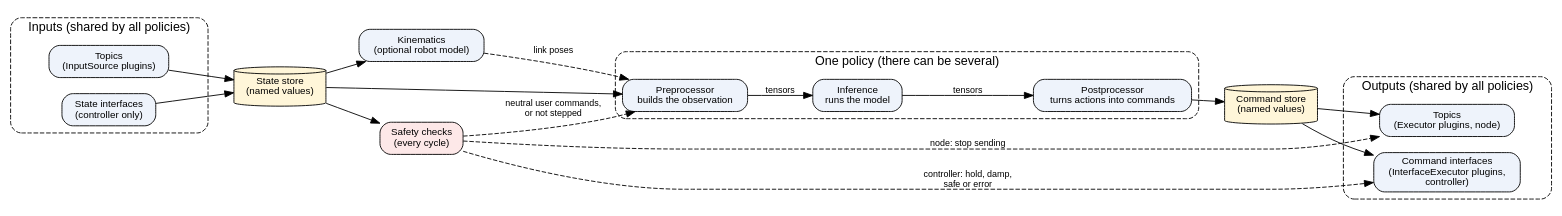
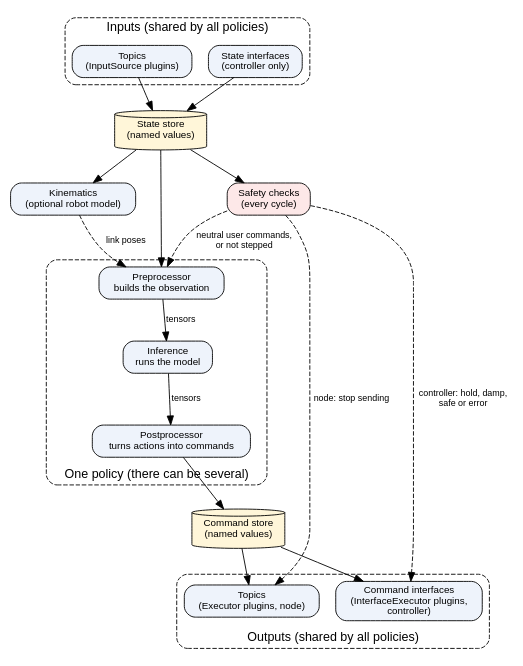
One commit to saikishor/ros2_policy_framework changed the diagram in docs/overview.rst. Above: the diagram before and after it, drawn with Graphviz. The commit also changed other lines of this file, not shown here.

Commit message:
Lay out the overview diagram top to bottom so it renders larger

```diff
--- a/docs/overview.rst
+++ b/docs/overview.rst
@@ -20,45 +20,45 @@
 .. graphviz::
 
    digraph architecture {
-     rankdir=LR;
+     rankdir=TB;
      node [shape=box, style="rounded,filled", fillcolor="#eef3fb", fontname="Helvetica", fontsize=11];
      edge [fontname="Helvetica", fontsize=10];
 
      subgraph cluster_in {
        label="Inputs (shared by all policies)"; style="rounded,dashed"; fontname="Helvetica";
        topics_in [label="Topics\n(InputSource plugins)"];
        ifaces_in [label="State interfaces\n(controller only)"];
      }
      state [label="State store\n(named values)", shape=cylinder, fillcolor="#fff6d9"];
      kin [label="Kinematics\n(optional robot model)"];
 
      subgraph cluster_policy {
-       label="One policy (there can be several)"; style="rounded,dashed"; fontname="Helvetica";
+       label="One policy (there can be several)"; labelloc=b; style="rounded,dashed"; fontname="Helvetica";
        pre [label="Preprocessor\nbuilds the observation"];
        inf [label="Inference\nruns the model"];
        post [label="Postprocessor\nturns actions into commands"];
        pre -> inf [label="tensors"];
        inf -> post [label="tensors"];
      }
      commands [label="Command store\n(named values)", shape=cylinder, fillcolor="#fff6d9"];
      safety [label="Safety checks\n(every cycle)", fillcolor="#fde8e8"];
 
      subgraph cluster_out {
-       label="Outputs (shared by all policies)"; style="rounded,dashed"; fontname="Helvetica";
+       label="Outputs (shared by all policies)"; labelloc=b; style="rounded,dashed"; fontname="Helvetica";
        topics_out [label="Topics\n(Executor plugins, node)"];
        ifaces_out [label="Command interfaces\n(InterfaceExecutor plugins,\ncontroller)"];
      }
 
      topics_in -> state;
      ifaces_in -> state;
      state -> pre;
      state -> kin;
      kin -> pre [label="link poses", style=dashed];
      post -> commands;
      commands -> topics_out;
      commands -> ifaces_out;
      state -> safety;
      safety -> pre [label="neutral user commands,\nor not stepped", style=dashed];
      safety -> topics_out [label="node: stop sending", style=dashed];
      safety -> ifaces_out [label="controller: hold, damp,\nsafe or error", style=dashed];
    }
```
